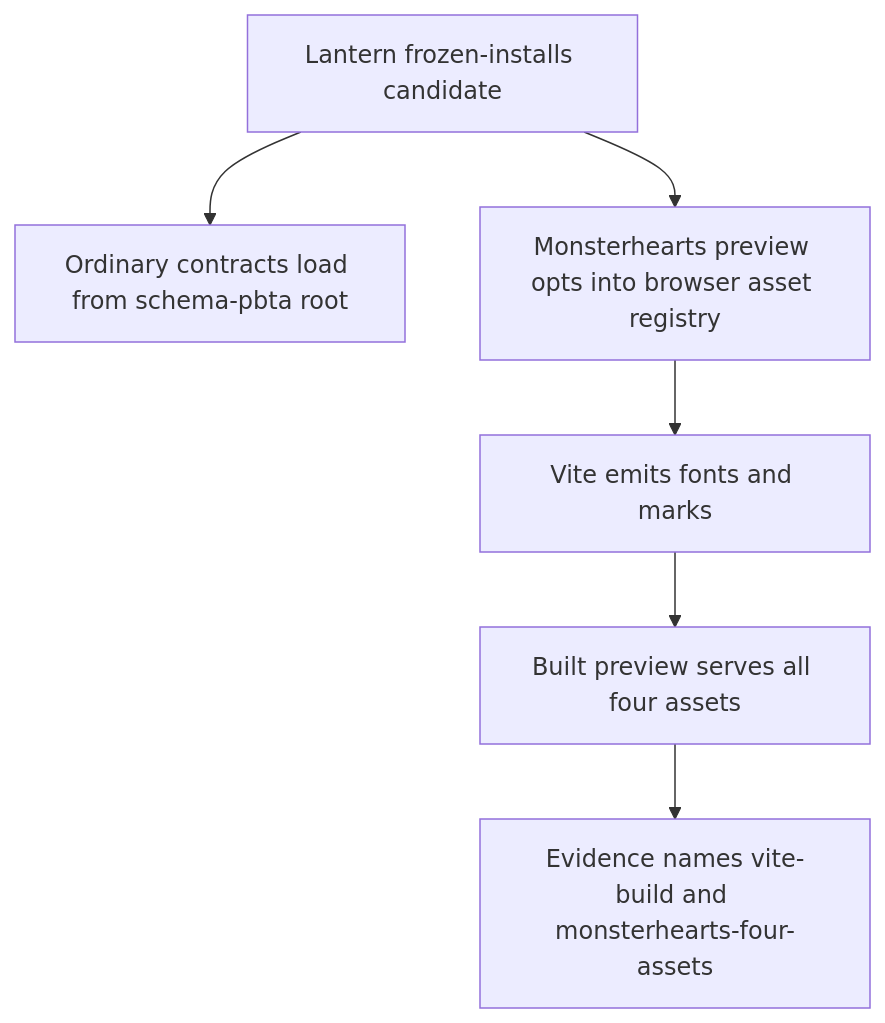
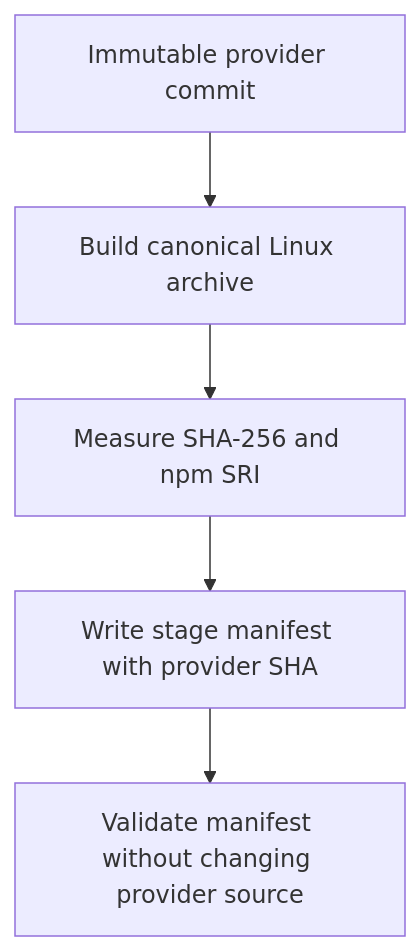
Before and after one commit to RebelliousSmile/schema-pbta: the first of 2 diagrams in aidd_docs/tasks/2026_09/2026_09_25_commonjs_safe_browser_asset_export/phase-3.md, drawn with Mermaid. The commit also changed other lines of this file and 15 other files, not shown here.

````diff
--- a/aidd_docs/tasks/2026_09/2026_09_25_commonjs_safe_browser_asset_export/phase-3.md
+++ b/aidd_docs/tasks/2026_09/2026_09_25_commonjs_safe_browser_asset_export/phase-3.md
@@ -26,8 +18,7 @@
 ```mermaid
 flowchart TD
-  A[Lantern frozen-installs candidate] --> B[Ordinary contracts load from schema-pbta root]
-  A --> C[Monsterhearts preview opts into browser asset registry]
-  C --> D[Vite emits fonts and marks]
-  D --> E[Built preview serves all four assets]
-  E --> F[Evidence names vite-build and monsterhearts-four-assets]
+  A[Immutable provider commit] --> B[Build canonical Linux archive]
+  B --> C[Measure SHA-256 and npm SRI]
+  C --> D[Write stage manifest with provider SHA]
+  D --> E[Validate manifest without changing provider source]
 ```
````
